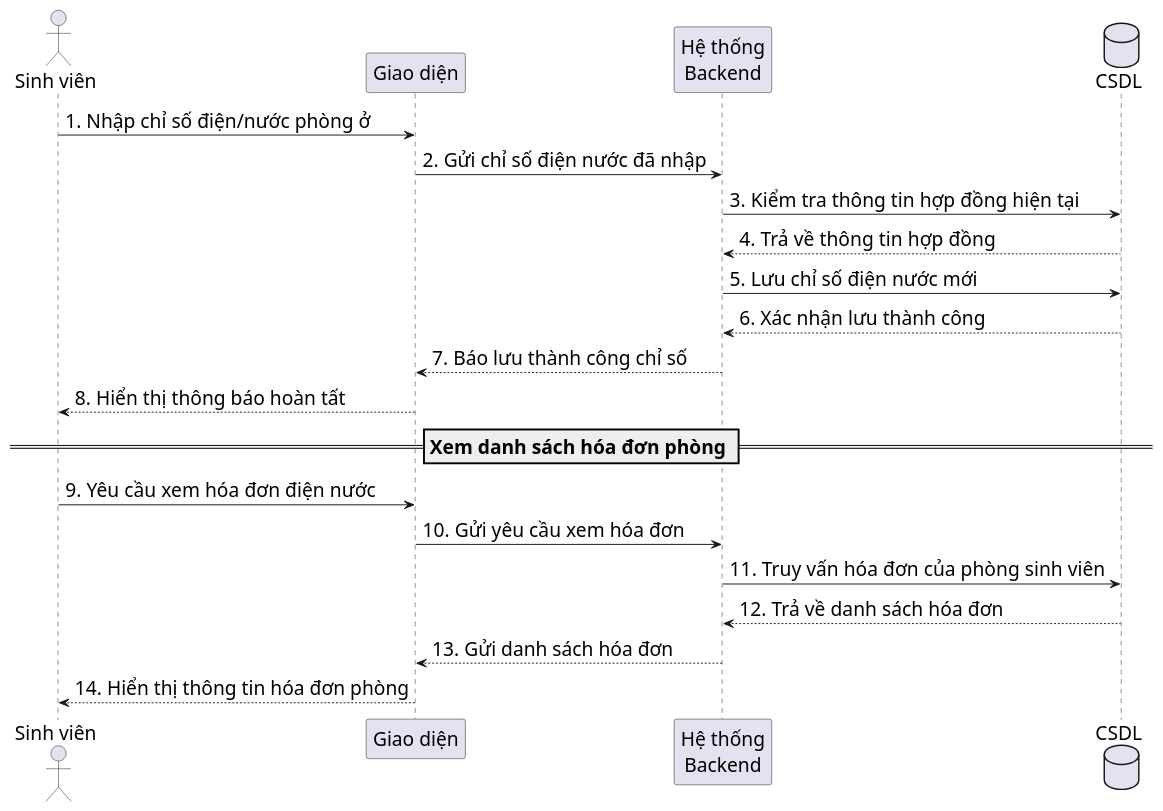
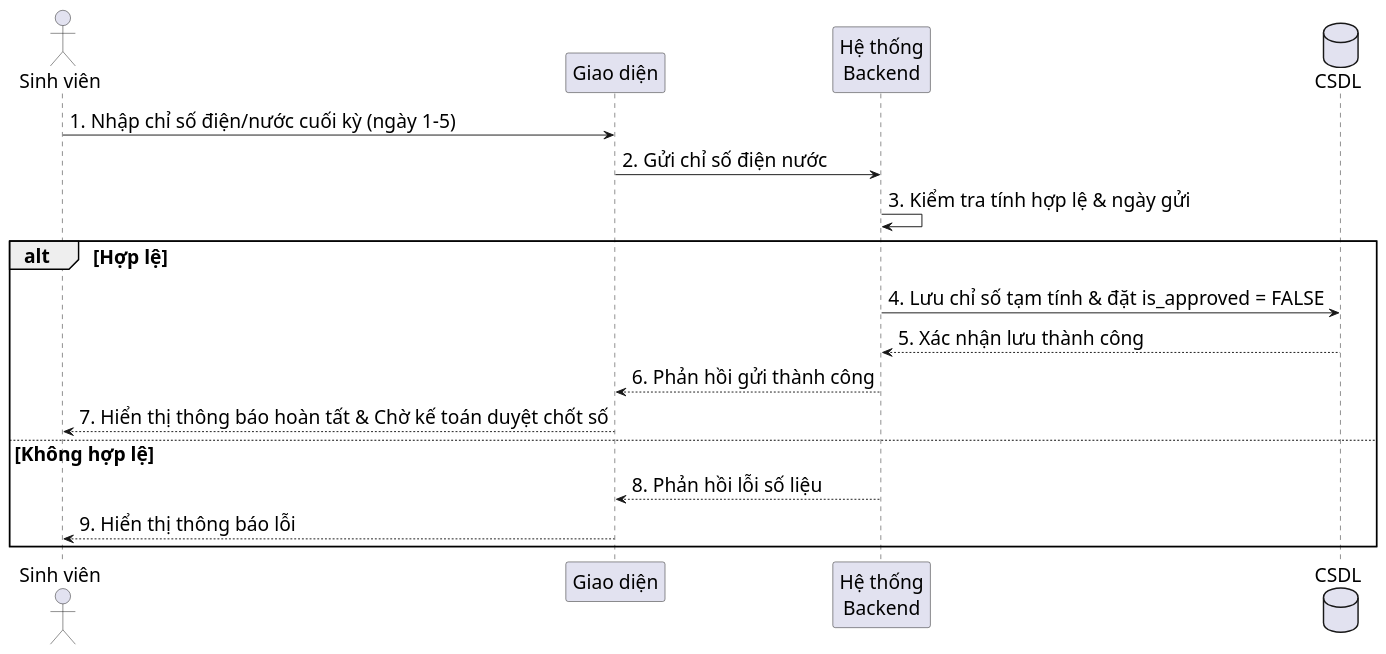
Before and after one commit to s0nbuildtech287/dormitory-frontend: the diagram in diagrams/nhomhoadonthanhtoan/meter_submit_view_sequence.puml, drawn with PlantUML. The commit also changed 4 other files, not shown here.

```diff
--- a/diagrams/nhomhoadonthanhtoan/meter_submit_view_sequence.puml
+++ b/diagrams/nhomhoadonthanhtoan/meter_submit_view_sequence.puml
@@ -1,27 +1,23 @@
 @startuml "Meter Submit View Sequence"
 skinparam defaultFontSize 20
 skinparam defaultFontName "Times New Roman"
 skinparam sequenceMessageSize 20
 
 actor "Sinh viên" as Student
 participant "Giao diện" as FE
 participant "Hệ thống\nBackend" as BE
 database "CSDL" as DB
 
-Student -> FE: 1. Nhập chỉ số điện/nước phòng ở
-FE -> BE: 2. Gửi chỉ số điện nước đã nhập
-BE -> DB: 3. Kiểm tra thông tin hợp đồng hiện tại
-DB --> BE: 4. Trả về thông tin hợp đồng
-BE -> DB: 5. Lưu chỉ số điện nước mới
-DB --> BE: 6. Xác nhận lưu thành công
-BE --> FE: 7. Báo lưu thành công chỉ số
-FE --> Student: 8. Hiển thị thông báo hoàn tất
-
-== Xem danh sách hóa đơn phòng ==
-Student -> FE: 9. Yêu cầu xem hóa đơn điện nước
-FE -> BE: 10. Gửi yêu cầu xem hóa đơn
-BE -> DB: 11. Truy vấn hóa đơn của phòng sinh viên
-DB --> BE: 12. Trả về danh sách hóa đơn
-BE --> FE: 13. Gửi danh sách hóa đơn
-FE --> Student: 14. Hiển thị thông tin hóa đơn phòng
+Student -> FE: 1. Nhập chỉ số điện/nước cuối kỳ (ngày 1-5)
+FE -> BE: 2. Gửi chỉ số điện nước
+BE -> BE: 3. Kiểm tra tính hợp lệ & ngày gửi
+alt Hợp lệ
+  BE -> DB: 4. Lưu chỉ số tạm tính & đặt is_approved = FALSE
+  DB --> BE: 5. Xác nhận lưu thành công
+  BE --> FE: 6. Phản hồi gửi thành công
+  FE --> Student: 7. Hiển thị thông báo hoàn tất & Chờ kế toán duyệt chốt số
+else Không hợp lệ
+  BE --> FE: 8. Phản hồi lỗi số liệu
+  FE --> Student: 9. Hiển thị thông báo lỗi
+end
 @enduml
```
